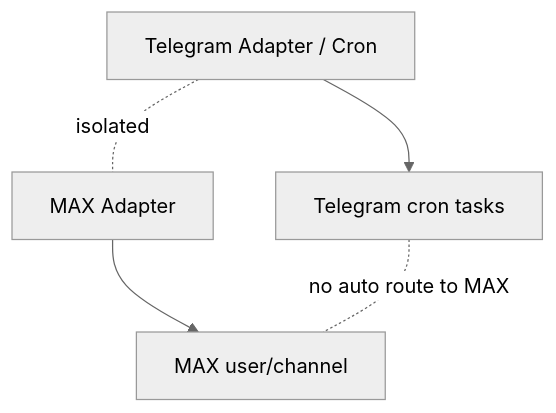
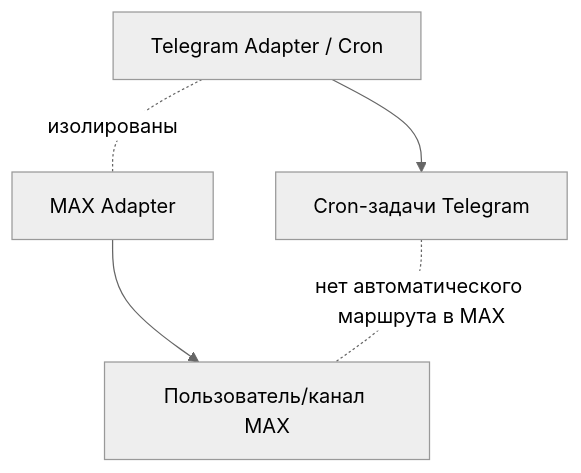
The second of 2 diagrams in docs/ARCHITECTURE.md (pavelvladimirovich258614-sys/max_hermes_agent_new), drawn with Mermaid (neutral theme) before and after one commit. The commit also changed other lines of this file and 23 other files, not shown here.

````diff
--- a/docs/ARCHITECTURE.md
+++ b/docs/ARCHITECTURE.md
@@ -71,7 +71,7 @@
 ```mermaid
 flowchart TB
-    TG[Telegram Adapter / Cron] -. isolated .- MAX[MAX Adapter]
-    TG --> TGCron[Telegram cron tasks]
-    MAX --> MAXUser[MAX user/channel]
-    TGCron -. no auto route to MAX .- MAXUser
+    TG[Telegram Adapter / Cron] -. изолированы .- MAX[MAX Adapter]
+    TG --> TGCron[Cron-задачи Telegram]
+    MAX --> MAXUser[Пользователь/канал MAX]
+    TGCron -. нет автоматического маршрута в MAX .- MAXUser
 ```
````
